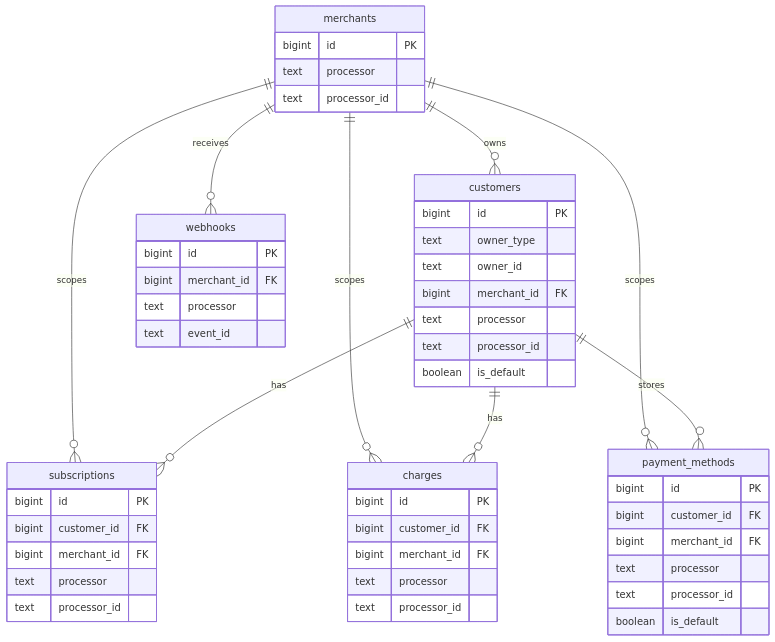
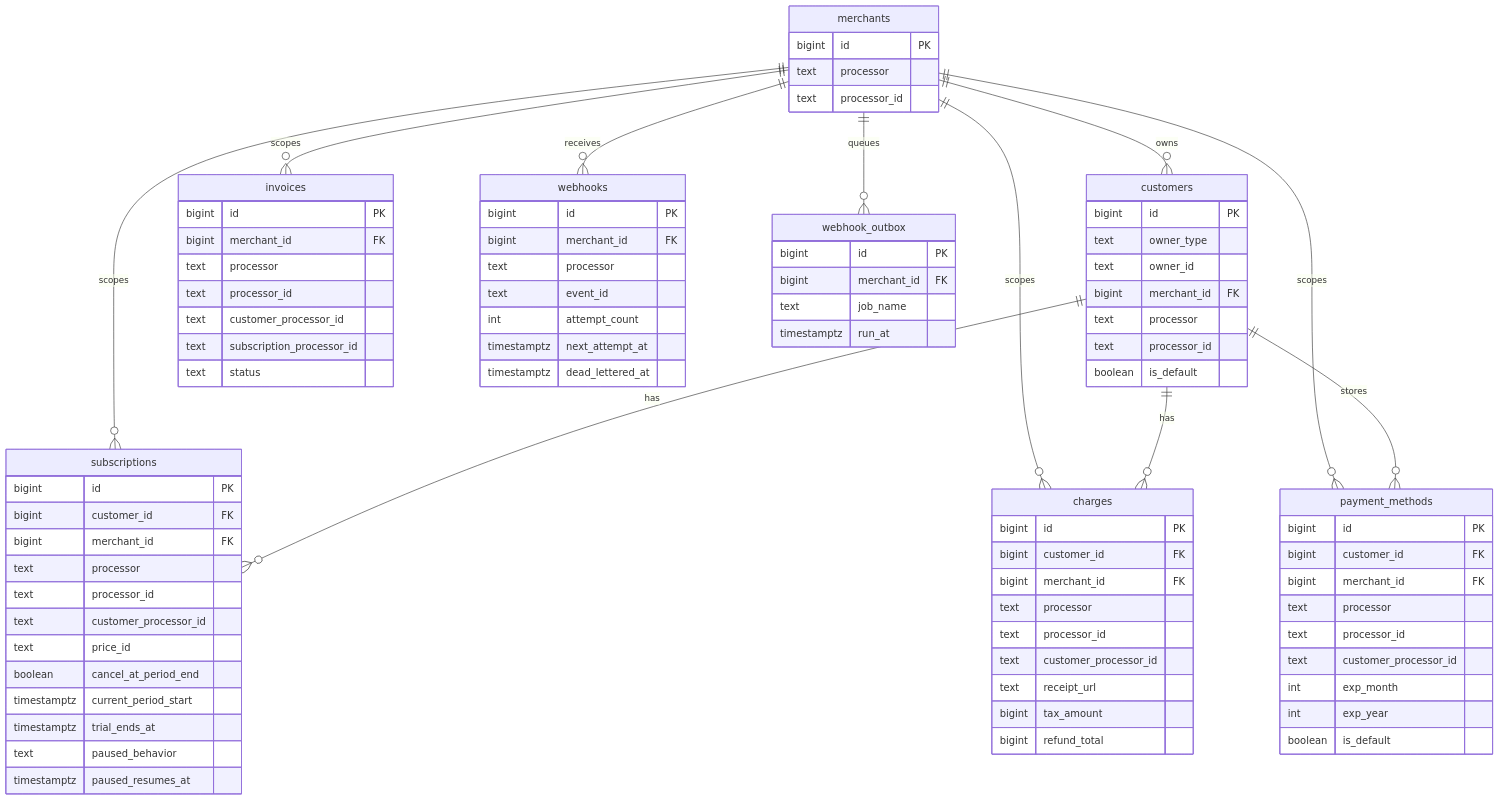
The diagram in packages/sequelize/docs/schema.md (diegoquiroz/solidus), drawn with Mermaid before and after one commit. The commit also changed other lines of this file and 9 other files, not shown here.

````diff
--- a/packages/sequelize/docs/schema.md
+++ b/packages/sequelize/docs/schema.md
@@ -10,7 +10,9 @@
   merchants ||--o{ subscriptions : scopes
   merchants ||--o{ charges : scopes
   merchants ||--o{ payment_methods : scopes
+  merchants ||--o{ invoices : scopes
   merchants ||--o{ webhooks : receives
+  merchants ||--o{ webhook_outbox : queues
   customers ||--o{ subscriptions : has
   customers ||--o{ charges : has
   customers ||--o{ payment_methods : stores
@@ -37,6 +39,13 @@
     bigint merchant_id FK
     text processor
     text processor_id
+    text customer_processor_id
+    text price_id
+    boolean cancel_at_period_end
+    timestamptz current_period_start
+    timestamptz trial_ends_at
+    text paused_behavior
+    timestamptz paused_resumes_at
   }
 
   charges {
@@ -45,6 +54,10 @@
     bigint merchant_id FK
     text processor
     text processor_id
+    text customer_processor_id
+    text receipt_url
+    bigint tax_amount
+    bigint refund_total
   }
 
   payment_methods {
@@ -53,7 +66,20 @@
     bigint merchant_id FK
     text processor
     text processor_id
+    text customer_processor_id
+    int exp_month
+    int exp_year
     boolean is_default
+  }
+
+  invoices {
+    bigint id PK
+    bigint merchant_id FK
+    text processor
+    text processor_id
+    text customer_processor_id
+    text subscription_processor_id
+    text status
   }
 
   webhooks {
@@ -61,5 +87,15 @@
     bigint merchant_id FK
     text processor
     text event_id
+    int attempt_count
+    timestamptz next_attempt_at
+    timestamptz dead_lettered_at
+  }
+
+  webhook_outbox {
+    bigint id PK
+    bigint merchant_id FK
+    text job_name
+    timestamptz run_at
   }
 ```
````
